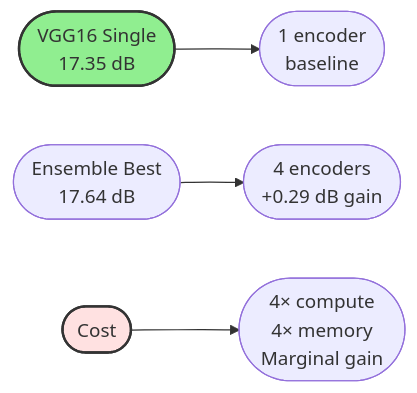
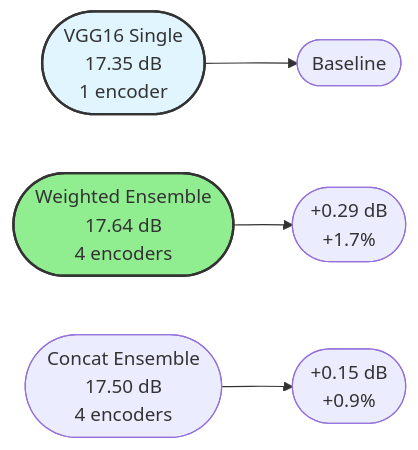
One commit to DanicaBlazanovic/CAP6415_F25_project_Input_Image_Reconstruction_from_Features changed the fifth of 14 diagrams in EXPERIMENTAL_RESULTS_DISCUSSION.md. Above: the diagram before and after it, drawn with Mermaid. The commit also changed other lines of this file, not shown here.

````diff
--- a/EXPERIMENTAL_RESULTS_DISCUSSION.md
+++ b/EXPERIMENTAL_RESULTS_DISCUSSION.md
@@ -268,10 +301,9 @@
 ```mermaid
 graph LR
-    A([VGG16 Single<br/>17.35 dB]) --> D([1 encoder<br/>baseline])
-    B([Ensemble Best<br/>17.64 dB]) --> E([4 encoders<br/>+0.29 dB gain])
+    A([VGG16 Single<br/>17.35 dB<br/>1 encoder]) --> D([Baseline])
+    B([Weighted Ensemble<br/>17.64 dB<br/>4 encoders]) --> E([+0.29 dB<br/>+1.7%])
+    C([Concat Ensemble<br/>17.50 dB<br/>4 encoders]) --> F([+0.15 dB<br/>+0.9%])
     
-    C([Cost]) --> F([4× compute<br/>4× memory<br/>Marginal gain])
-    
-    style A fill:#90EE90,stroke:#333,stroke-width:2px
-    style C fill:#ffe1e1,stroke:#333,stroke-width:2px
+    style A fill:#e1f5ff,stroke:#333,stroke-width:2px
+    style B fill:#90EE90,stroke:#333,stroke-width:2px
 ```
````
